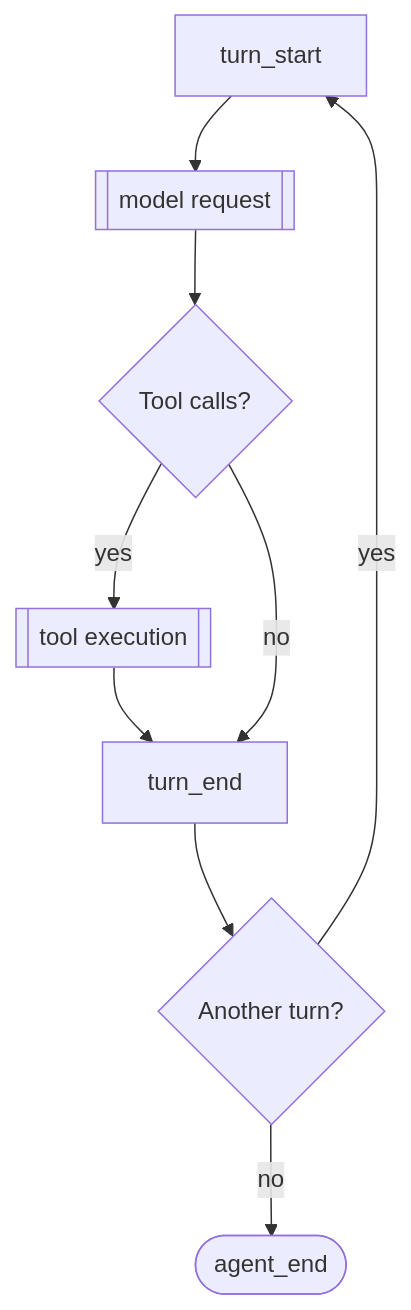
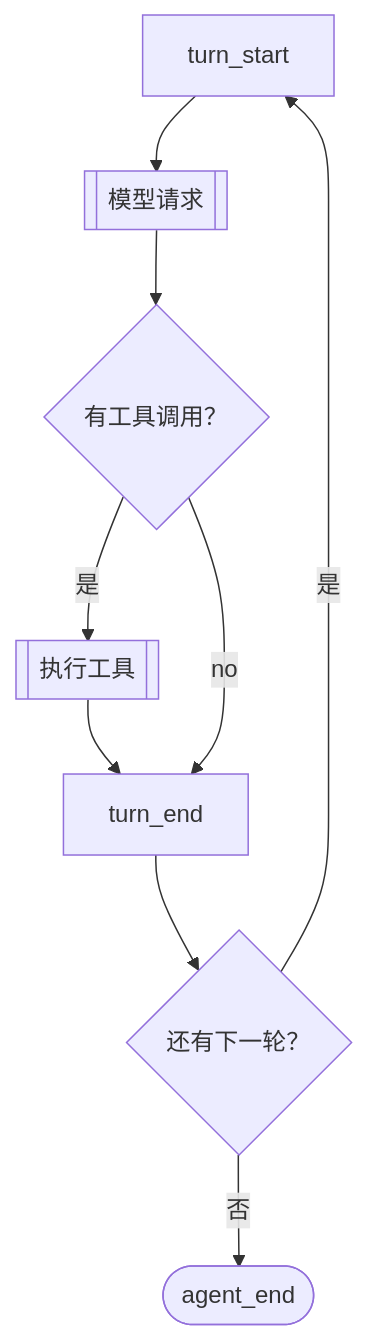
One commit to caecarxu/pi changed the second of 3 diagrams in packages/coding-agent/docs/zh-CN/extensions.md. Above: the diagram before and after it, drawn with Mermaid. The commit also changed other lines of this file and 10 other files, not shown here.

````diff
--- a/packages/coding-agent/docs/zh-CN/extensions.md
+++ b/packages/coding-agent/docs/zh-CN/extensions.md
@@ -340,11 +340,11 @@
 ```mermaid
 flowchart TD
-    TurnStart["turn_start"] --> Request[["model request"]]
-    Request --> ToolDecision{"Tool calls?"}
-    ToolDecision -->|yes| Tools[["tool execution"]]
+    TurnStart["turn_start"] --> Request[["模型请求"]]
+    Request --> ToolDecision{"有工具调用？"}
+    ToolDecision -->|是| Tools[["执行工具"]]
     Tools --> TurnEnd["turn_end"]
     ToolDecision -->|no| TurnEnd
-    TurnEnd --> MoreTurns{"Another turn?"}
-    MoreTurns -->|yes| TurnStart
-    MoreTurns -->|no| AgentEnd(["agent_end"])
+    TurnEnd --> MoreTurns{"还有下一轮？"}
+    MoreTurns -->|是| TurnStart
+    MoreTurns -->|否| AgentEnd(["agent_end"])
 ```
````
